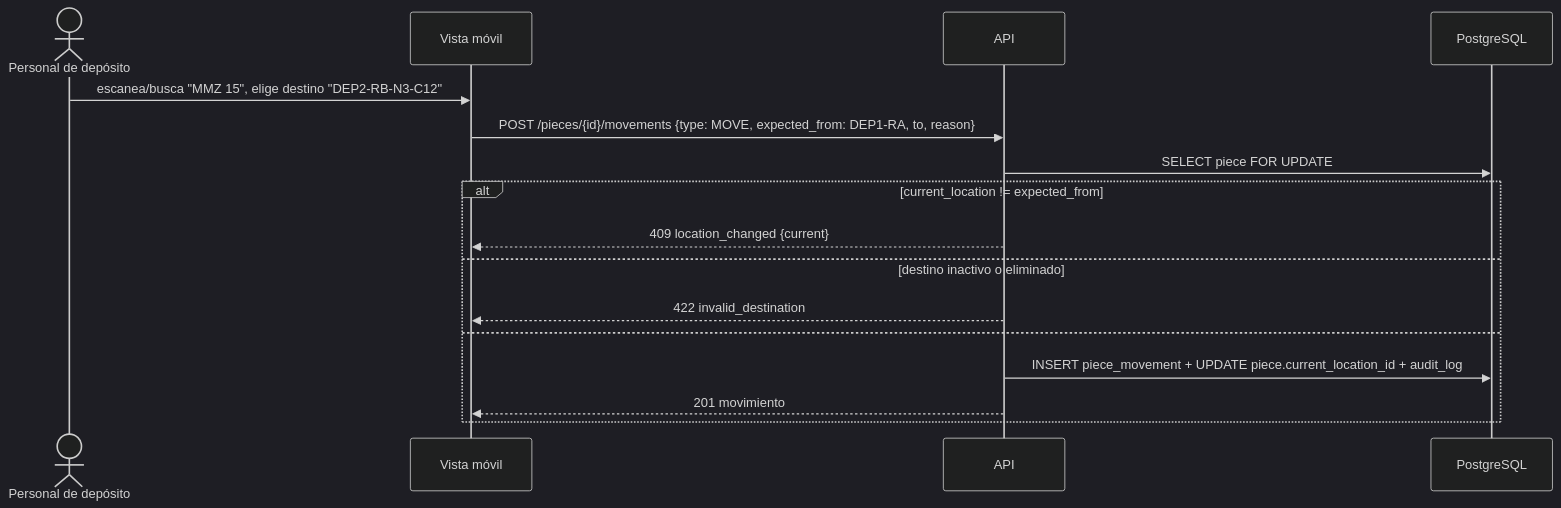
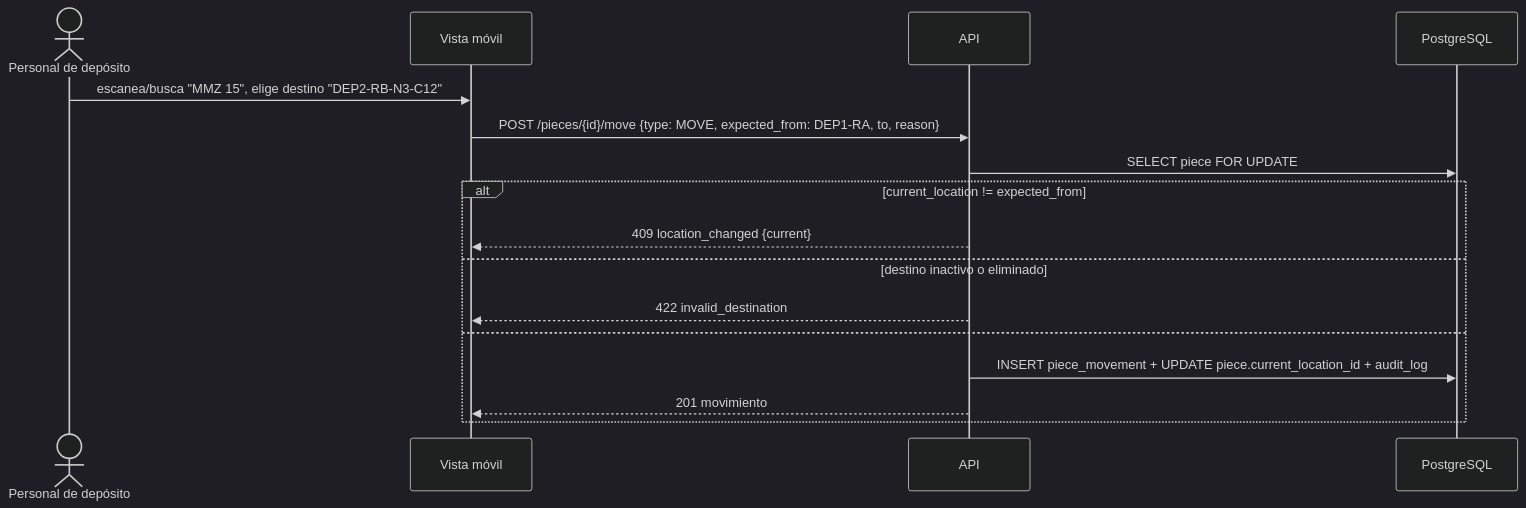
Before and after one commit to AndreAsenjo18/MATP-PUCP: the diagram in openspec/changes/ubicacion-jerarquica-y-movimientos/design.md, drawn with Mermaid (dark theme). The commit also changed other lines of this file and 23 other files, not shown here.

````diff
--- a/openspec/changes/ubicacion-jerarquica-y-movimientos/design.md
+++ b/openspec/changes/ubicacion-jerarquica-y-movimientos/design.md
@@ -26,18 +26,18 @@
 ```mermaid
 sequenceDiagram
     actor D as Personal de depósito
     participant M as Vista móvil
     participant A as API
     participant DB as PostgreSQL
     D->>M: escanea/busca "MMZ 15", elige destino "DEP2-RB-N3-C12"
-    M->>A: POST /pieces/{id}/movements {type: MOVE, expected_from: DEP1-RA, to, reason}
+    M->>A: POST /pieces/{id}/move {type: MOVE, expected_from: DEP1-RA, to, reason}
     A->>DB: SELECT piece FOR UPDATE
     alt current_location != expected_from
         A-->>M: 409 location_changed {current}
     else destino inactivo o eliminado
         A-->>M: 422 invalid_destination
     else
         A->>DB: INSERT piece_movement + UPDATE piece.current_location_id + audit_log
         A-->>M: 201 movimiento
     end
 ```
````
